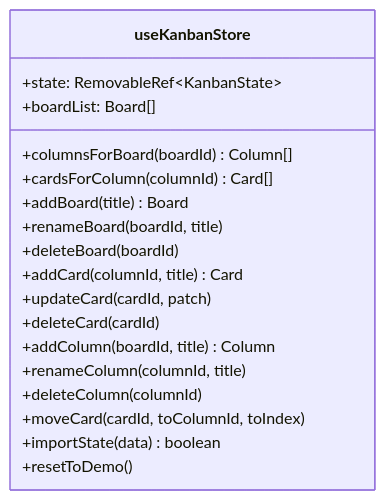
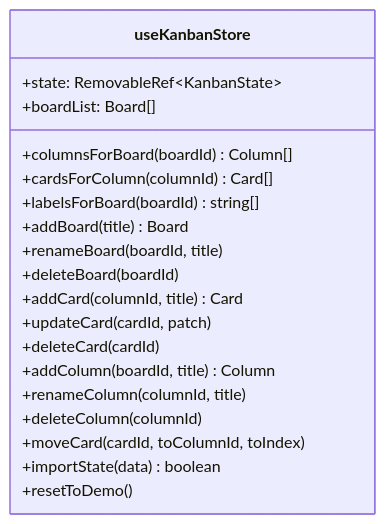
One commit to 0quasarquantum0/Kanban_Vue changed the sixth of 9 diagrams in docs/architecture.md. Above: the diagram before and after it, drawn with Mermaid. The commit also changed other lines of this file and 13 other files, not shown here.

````diff
--- a/docs/architecture.md
+++ b/docs/architecture.md
@@ -105,21 +136,22 @@
 ```mermaid
 classDiagram
   class useKanbanStore {
     +state: RemovableRef~KanbanState~
     +boardList: Board[]
     +columnsForBoard(boardId) Column[]
     +cardsForColumn(columnId) Card[]
+    +labelsForBoard(boardId) string[]
     +addBoard(title) Board
     +renameBoard(boardId, title)
     +deleteBoard(boardId)
     +addCard(columnId, title) Card
     +updateCard(cardId, patch)
     +deleteCard(cardId)
     +addColumn(boardId, title) Column
     +renameColumn(columnId, title)
     +deleteColumn(columnId)
     +moveCard(cardId, toColumnId, toIndex)
     +importState(data) boolean
     +resetToDemo()
   }
 ```
````
